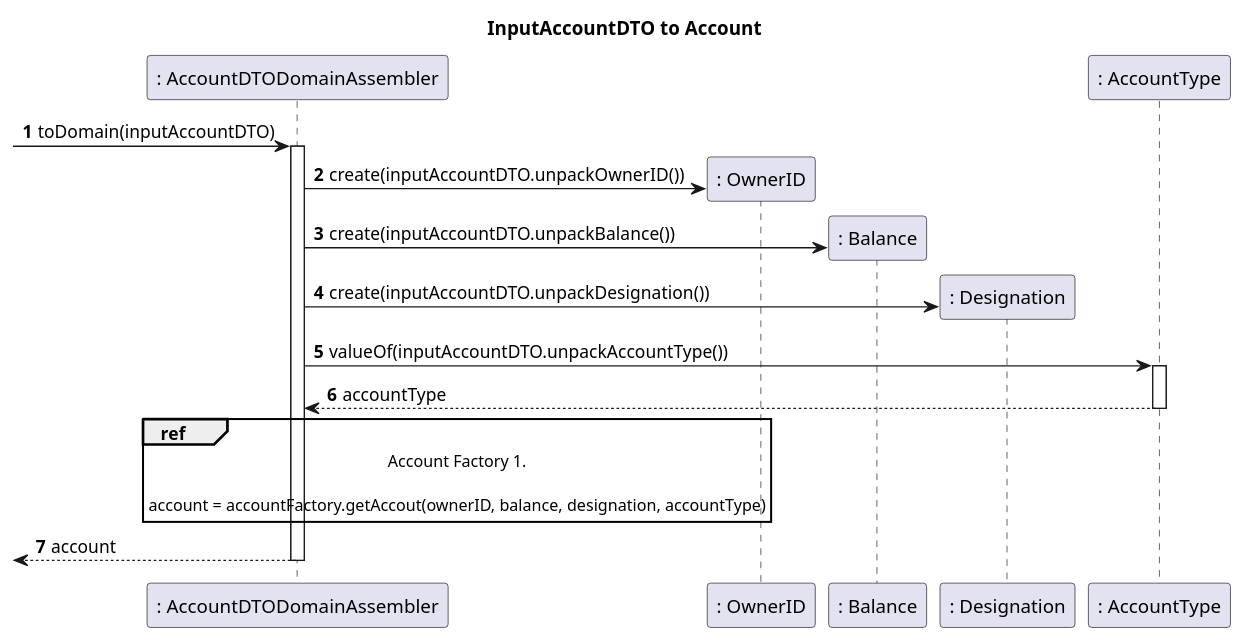
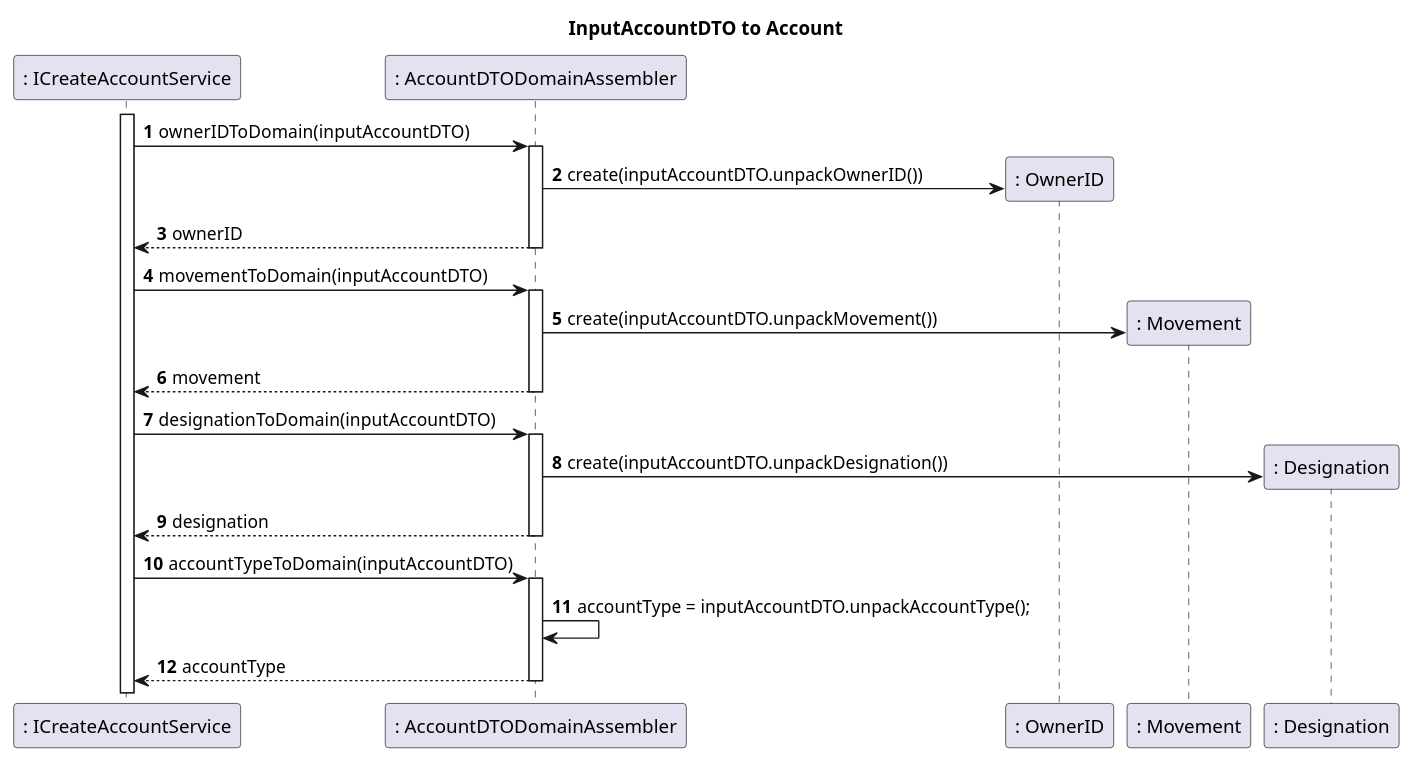
Before and after one commit to tomas-osswald/switch_2020_g3: the second of 5 diagrams in docs/sprint5/user_stories/US170,171,172,173.md, drawn with PlantUML. The commit also changed other lines of this file and 1 other file, not shown here.

Commit message:
changes to sd

````diff
--- a/docs/sprint5/user_stories/US170,171,172,173.md
+++ b/docs/sprint5/user_stories/US170,171,172,173.md
@@ -227,32 +237,35 @@
 ```puml
 autonumber
 title InputAccountDTO to Account
 
+participant ": ICreateAccountService" as service
 participant ": AccountDTODomainAssembler" as assembler
 participant ": OwnerID" as owner
-participant ": Balance" as balance
+participant ": Movement" as movement
 participant ": Designation" as designation
-participant ": AccountType" as type
 
--> assembler : toDomain(inputAccountDTO)
+activate service
+service -> assembler : ownerIDToDomain(inputAccountDTO)
 activate assembler
 
 assembler -> owner ** : create(inputAccountDTO.unpackOwnerID())
+return ownerID
 
-assembler -> balance ** : create(inputAccountDTO.unpackBalance())
+service -> assembler : movementToDomain(inputAccountDTO)
+activate assembler 
+
+assembler -> movement ** : create(inputAccountDTO.unpackMovement())
+return movement
+
+service -> assembler : designationToDomain(inputAccountDTO)
+activate assembler
 
 assembler -> designation ** : create(inputAccountDTO.unpackDesignation())
+return designation
 
-assembler -> type : valueOf(inputAccountDTO.unpackAccountType())
-activate type
+service -> assembler : accountTypeToDomain(inputAccountDTO)
+activate assembler
+assembler -> assembler : accountType = inputAccountDTO.unpackAccountType();
+
 return accountType
-
-ref over assembler
-Account Factory 1.
-
-account = accountFactory.getAccout(ownerID, balance, designation, accountType)
-end
-
-return account
-
 ```
````
